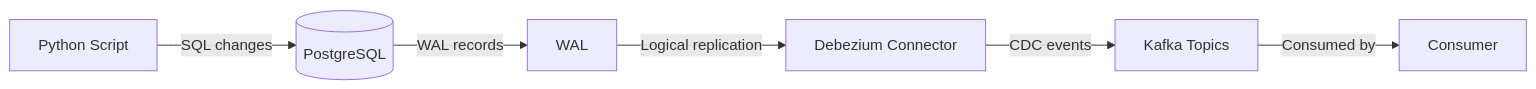
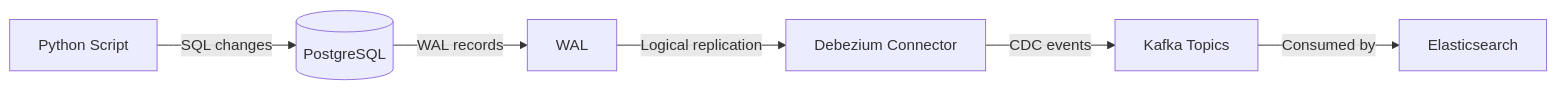
One commit to BiancaNiemann/cdc-spike changed the first of 2 diagrams in docs/README (5).md. Above: the diagram before and after it, drawn with Mermaid.

Commit message:
Update consumer from Kafka to Elasticsearch

````diff
--- a/docs/README (5).md
+++ b/docs/README (5).md
@@ -31,9 +31,9 @@
 ``` mermaid
 flowchart LR
     A[Python Script] -->|SQL changes| B[(PostgreSQL)]
     B -->|WAL records| C[WAL]
     C -->|Logical replication| D[Debezium Connector]
     D -->|CDC events| E[Kafka Topics]
-    E -->|Consumed by| F[Consumer]
+    E -->|Consumed by| F[Elasticsearch]
 
 ```
````
